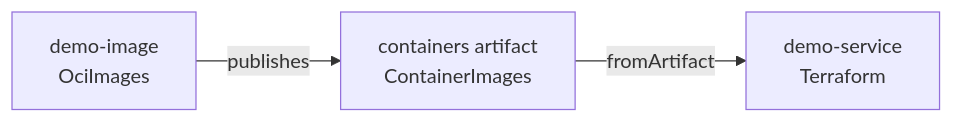
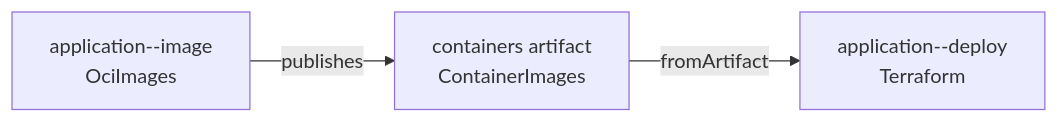
One commit to NiklasRosenstein/gitopsctr changed the diagram in docs/tutorial.md. Above: the diagram before and after it, drawn with Mermaid. The commit also changed other lines of this file and 38 other files, not shown here.

````diff
--- a/docs/tutorial.md
+++ b/docs/tutorial.md
@@ -32,5 +32,5 @@
 ```mermaid
 flowchart LR
-  image["demo-image<br/>OciImages"] -->|publishes| artifact["containers artifact<br/>ContainerImages"]
-  artifact -->|fromArtifact| service["demo-service<br/>Terraform"]
+  image["application--image<br/>OciImages"] -->|publishes| artifact["containers artifact<br/>ContainerImages"]
+  artifact -->|fromArtifact| service["application--deploy<br/>Terraform"]
 ```
````
